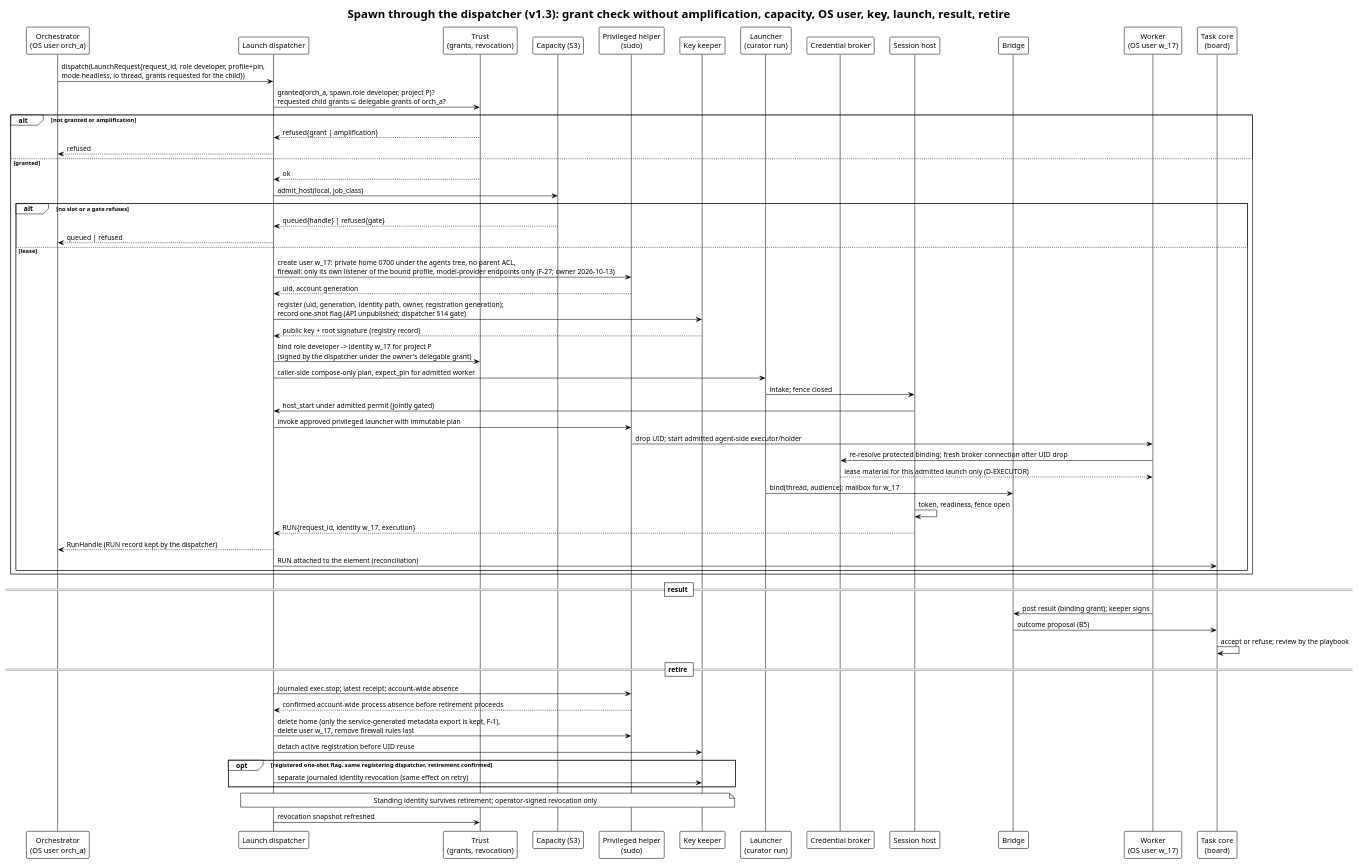
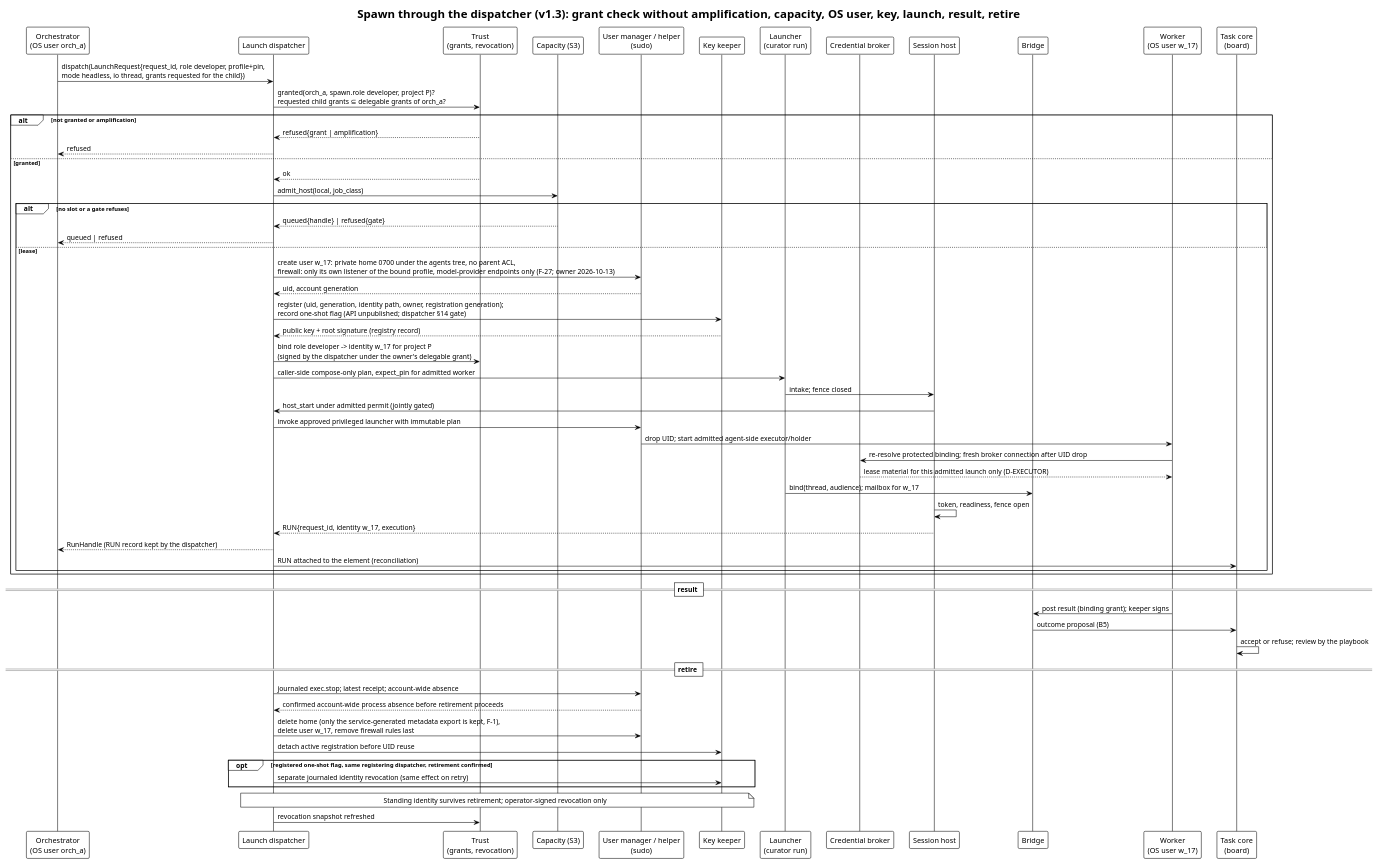
The diagram in diagrams/plantuml/sequence/spawn-with-user.puml (relux-works/swarm-platform-architecture), drawn with PlantUML before and after one commit. The commit also changed 15 other files, not shown here.

First line of the commit message:
Wave 7: register the remaining accepted architecture-review findings and remove three superseded copies (TASK-261013-xn74p5)

```diff
--- a/diagrams/plantuml/sequence/spawn-with-user.puml
+++ b/diagrams/plantuml/sequence/spawn-with-user.puml
@@ -1,66 +1,66 @@
 @startuml spawn-with-user
 !theme plain
-' Updated: accepted architecture-review findings (2026-10-13)
+' Updated: accepted architecture-review findings (2026-10-13); user-manager ownership of stop made explicit
 title Spawn through the dispatcher (v1.3): grant check without amplification, capacity, OS user, key, launch, result, retire
 
 participant "Orchestrator\n(OS user orch_a)" as O
 participant "Launch dispatcher" as D
 participant "Trust\n(grants, revocation)" as T
 participant "Capacity (S3)" as Cap
-participant "Privileged helper\n(sudo)" as PH
+participant "User manager / helper\n(sudo)" as PH
 participant "Key keeper" as KK
 participant "Launcher\n(curator run)" as L
 participant "Credential broker" as CB
 participant "Session host" as SH
 participant "Bridge" as BR
 participant "Worker\n(OS user w_17)" as W
 participant "Task core\n(board)" as B
 
 O -> D: dispatch(LaunchRequest{request_id, role developer, profile+pin,\nmode headless, io thread, grants requested for the child})
 D -> T: granted(orch_a, spawn.role developer, project P)?\nrequested child grants ⊆ delegable grants of orch_a?
 alt not granted or amplification
   T --> D: refused{grant | amplification}
   D --> O: refused
 else granted
   T --> D: ok
   D -> Cap: admit_host(local, job_class)
   alt no slot or a gate refuses
     Cap --> D: queued{handle} | refused{gate}
     D --> O: queued | refused
   else lease
     D -> PH: create user w_17: private home 0700 under the agents tree, no parent ACL,\nfirewall: only its own listener of the bound profile, model-provider endpoints only (F-27; owner 2026-10-13)
     PH --> D: uid, account generation
     D -> KK: register (uid, generation, identity path, owner, registration generation);\nrecord one-shot flag (API unpublished; dispatcher §14 gate)
     KK --> D: public key + root signature (registry record)
     D -> T: bind role developer -> identity w_17 for project P\n(signed by the dispatcher under the owner's delegable grant)
     D -> L: caller-side compose-only plan, expect_pin for admitted worker
     L -> SH: intake; fence closed
     SH -> D: host_start under admitted permit (jointly gated)
     D -> PH: invoke approved privileged launcher with immutable plan
     PH -> W: drop UID; start admitted agent-side executor/holder
     W -> CB: re-resolve protected binding; fresh broker connection after UID drop
     CB --> W: lease material for this admitted launch only (D-EXECUTOR)
     L -> BR: bind(thread, audience); mailbox for w_17
     SH -> SH: token, readiness, fence open
     SH --> D: RUN{request_id, identity w_17, execution}
     D --> O: RunHandle (RUN record kept by the dispatcher)
     D -> B: RUN attached to the element (reconciliation)
   end
 end
 
 == result ==
 W -> BR: post result (binding grant); keeper signs
 BR -> B: outcome proposal (B5)
 B -> B: accept or refuse; review by the playbook
 
 == retire ==
 D -> PH: journaled exec.stop; latest receipt; account-wide absence
 PH --> D: confirmed account-wide process absence before retirement proceeds
 D -> PH: delete home (only the service-generated metadata export is kept, F-1),\ndelete user w_17, remove firewall rules last
 D -> KK: detach active registration before UID reuse
 opt registered one-shot flag, same registering dispatcher, retirement confirmed
   D -> KK: separate journaled identity revocation (same effect on retry)
 end
 note over D, KK: Standing identity survives retirement; operator-signed revocation only
 D -> T: revocation snapshot refreshed
 @enduml
```
